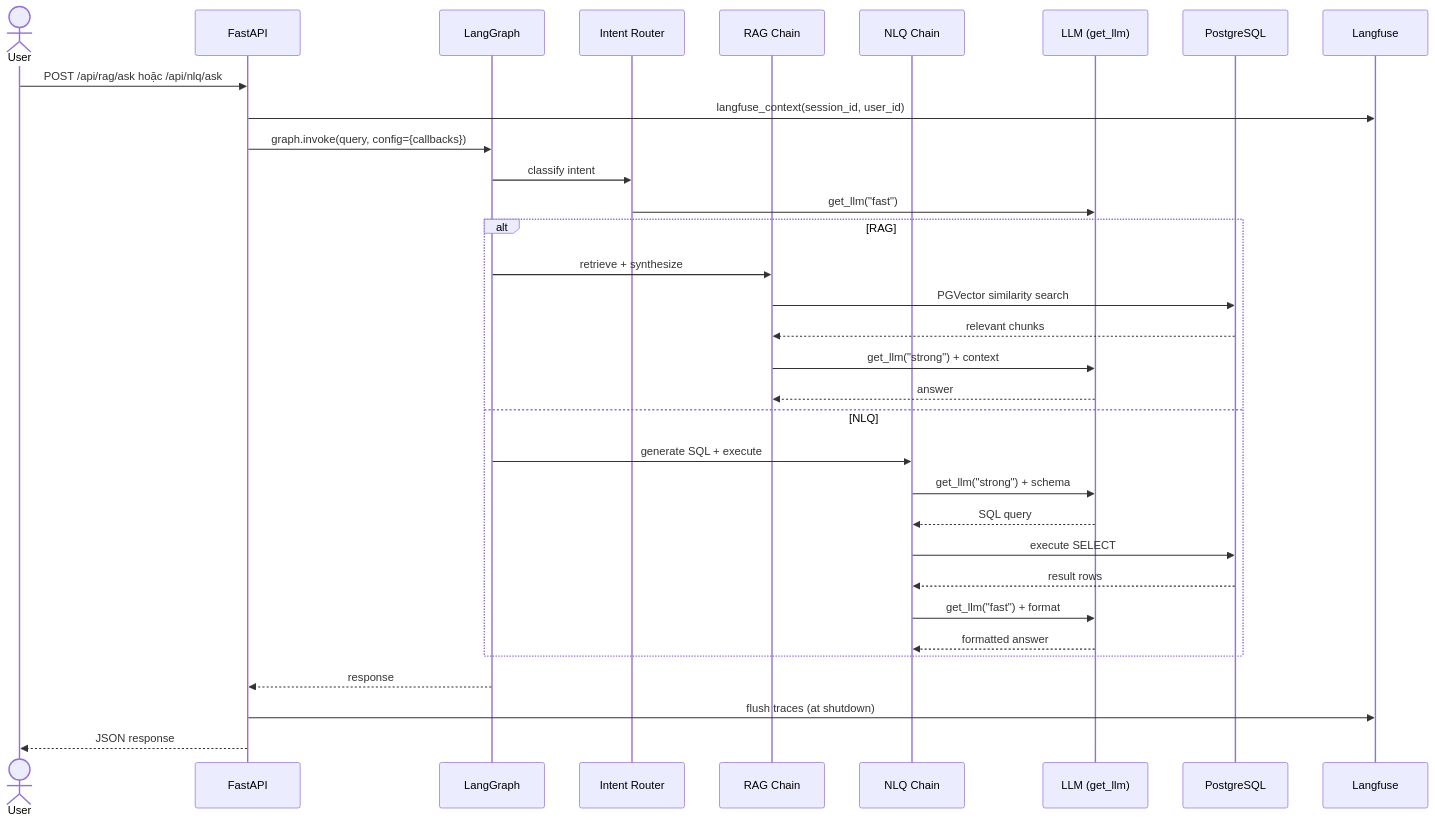
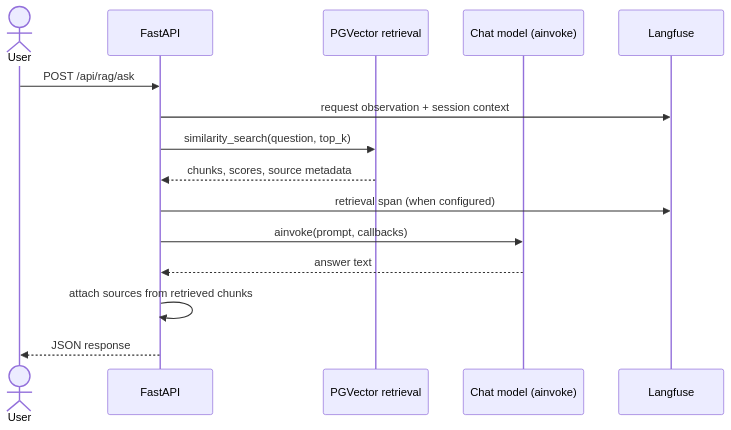
Before and after one commit to tranquoctrieu382006-tech/AI-assistant: the seventh of 7 diagrams in docs/architecture.md, drawn with Mermaid. The commit also changed other lines of this file and 21 other files, not shown here.

````diff
--- a/docs/architecture.md
+++ b/docs/architecture.md
@@ -315,39 +281,18 @@
 ```mermaid
 sequenceDiagram
     actor User
     participant API as FastAPI
-    participant LG as LangGraph
-    participant Router as Intent Router
-    participant RAG as RAG Chain
-    participant NLQ as NLQ Chain
-    participant LLM as LLM (get_llm)
-    participant DB as PostgreSQL
+    participant RET as PGVector retrieval
+    participant LLM as Chat model (ainvoke)
     participant LF as Langfuse
 
-    User->>API: POST /api/rag/ask hoặc /api/nlq/ask
-    API->>LF: langfuse_context(session_id, user_id)
-    API->>LG: graph.invoke(query, config={callbacks})
-
-    LG->>Router: classify intent
-    Router->>LLM: get_llm("fast")
-
-    alt RAG
-        LG->>RAG: retrieve + synthesize
-        RAG->>DB: PGVector similarity search
-        DB-->>RAG: relevant chunks
-        RAG->>LLM: get_llm("strong") + context
-        LLM-->>RAG: answer
-    else NLQ
-        LG->>NLQ: generate SQL + execute
-        NLQ->>LLM: get_llm("strong") + schema
-        LLM-->>NLQ: SQL query
-        NLQ->>DB: execute SELECT
-        DB-->>NLQ: result rows
-        NLQ->>LLM: get_llm("fast") + format
-        LLM-->>NLQ: formatted answer
-    end
-
-    LG-->>API: response
-    API->>LF: flush traces (at shutdown)
+    User->>API: POST /api/rag/ask
+    API->>LF: request observation + session context
+    API->>RET: similarity_search(question, top_k)
+    RET-->>API: chunks, scores, source metadata
+    API->>LF: retrieval span (when configured)
+    API->>LLM: ainvoke(prompt, callbacks)
+    LLM-->>API: answer text
+    API->>API: attach sources from retrieved chunks
     API-->>User: JSON response
 ```
````
